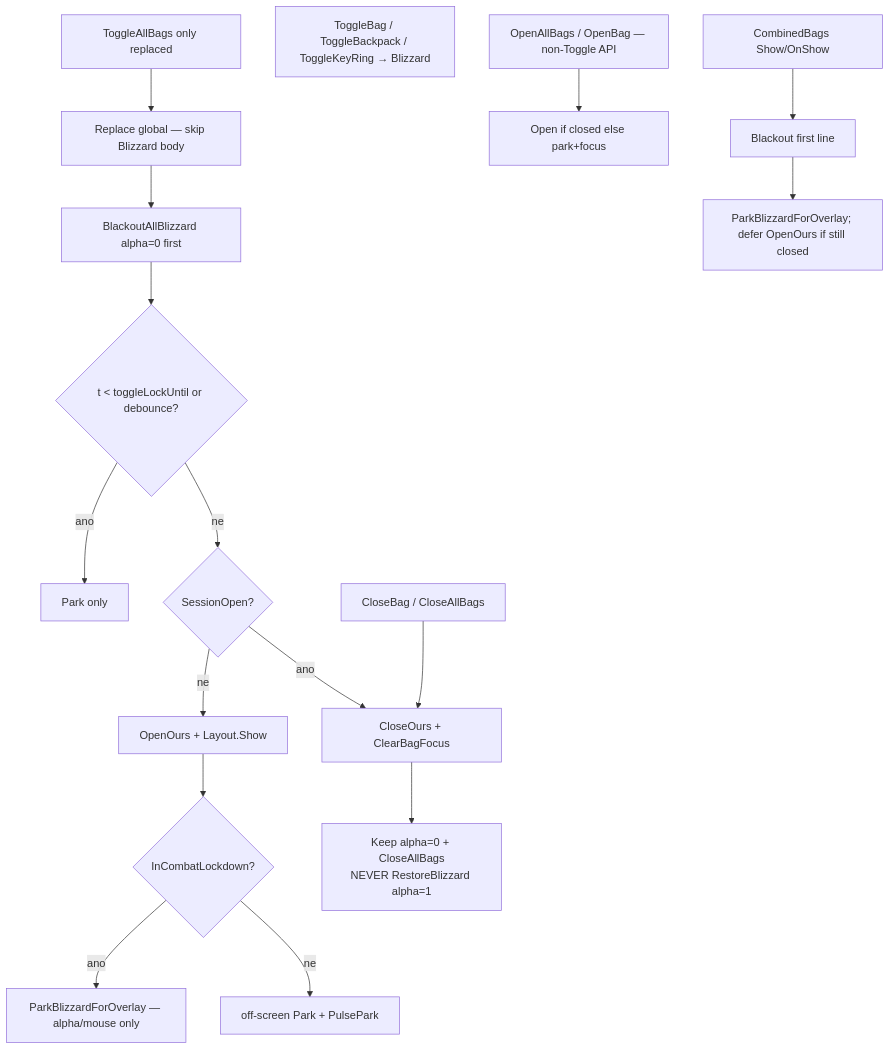
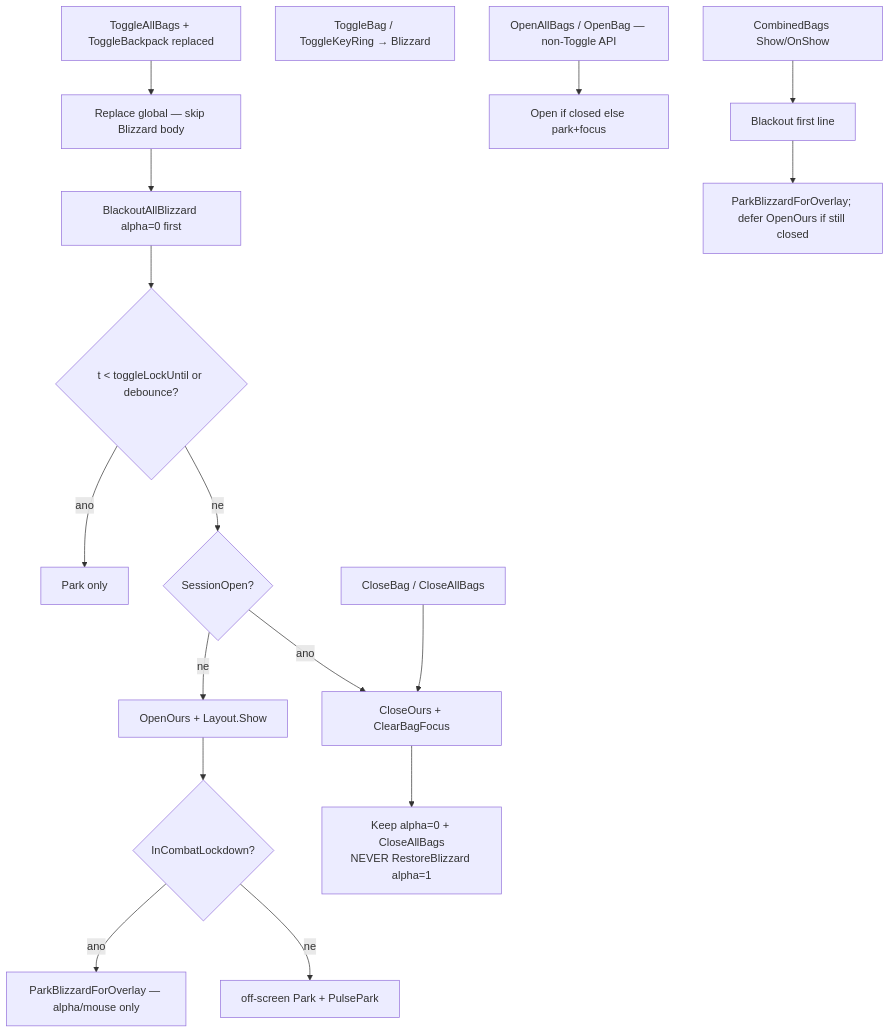
Before and after one commit to sirTurbisCZ/wow-forever-addons: the first of 7 diagrams in addons/BetterBackpack/Docs/loops.md, drawn with Mermaid. The commit also changed other lines of this file and 5 other files, not shown here.

First line of the commit message:
BetterBackpack 0.5.45: B via ToggleBackpack + park CombinedBags

````diff
--- a/addons/BetterBackpack/Docs/loops.md
+++ b/addons/BetterBackpack/Docs/loops.md
@@ -12,20 +12,20 @@
 ```mermaid
 flowchart TD
-  B[ToggleAllBags only replaced]
-  Bar[ToggleBag / ToggleBackpack / ToggleKeyRing → Blizzard]
+  B[ToggleAllBags + ToggleBackpack replaced]
+  Bar[ToggleBag / ToggleKeyRing → Blizzard]
   B --> Rep[Replace global — skip Blizzard body]
   Rep --> Black[BlackoutAllBlizzard alpha=0 first]
   Black --> Lock{t < toggleLockUntil or debounce?}
   Lock -->|ano| Pulse[Park only]
   Lock -->|ne| Vis{SessionOpen?}
   Vis -->|ne| Open[OpenOurs + Layout.Show]
   Open --> ParkMode{InCombatLockdown?}
   ParkMode -->|ano| AlphaOnly[ParkBlizzardForOverlay — alpha/mouse only]
   ParkMode -->|ne| OffPark[off-screen Park + PulsePark]
   Vis -->|ano| Close[CloseOurs + ClearBagFocus]
   Close --> Keep0[Keep alpha=0 + CloseAllBags<br/>NEVER RestoreBlizzard alpha=1]
   OpenOnly[OpenAllBags / OpenBag — non-Toggle API] --> OpenOrPark[Open if closed else park+focus]
   CloseAPI[CloseBag / CloseAllBags] --> Close
   OnShow[CombinedBags Show/OnShow] --> BO[Blackout first line]
   BO --> Park[ParkBlizzardForOverlay; defer OpenOurs if still closed]
 ```
````
